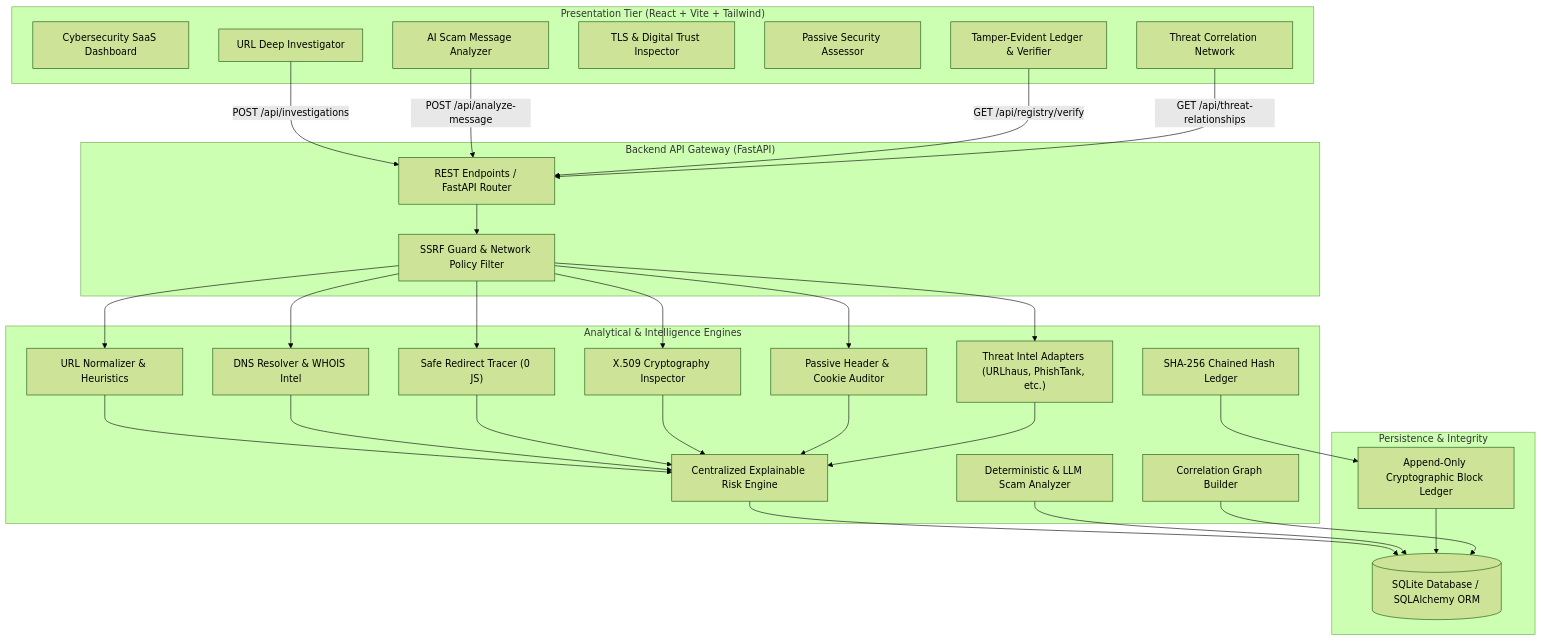
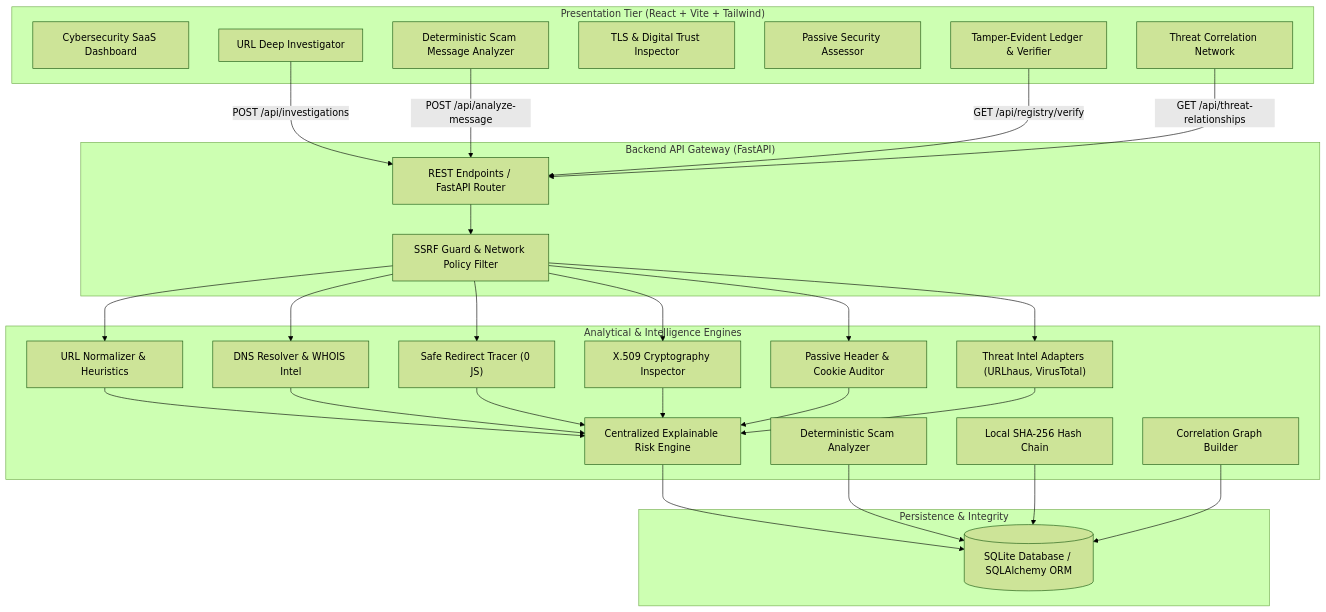
One commit to ayush2007-star/TrustLens-AI changed the diagram in docs/ARCHITECTURE.md. Above: the diagram before and after it, drawn with Mermaid (forest theme). The commit also changed other lines of this file and 15 other files, not shown here.

````diff
--- a/docs/ARCHITECTURE.md
+++ b/docs/ARCHITECTURE.md
@@ -12,61 +12,59 @@
 ```mermaid
 flowchart TD
     subgraph Client["Presentation Tier (React + Vite + Tailwind)"]
         UI_Nav["Cybersecurity SaaS Dashboard"]
         UI_Inv["URL Deep Investigator"]
-        UI_Msg["AI Scam Message Analyzer"]
+        UI_Msg["Deterministic Scam Message Analyzer"]
         UI_TLS["TLS & Digital Trust Inspector"]
         UI_Sec["Passive Security Assessor"]
         UI_Reg["Tamper-Evident Ledger & Verifier"]
         UI_Corr["Threat Correlation Network"]
     end
 
     subgraph API["Backend API Gateway (FastAPI)"]
         Router["REST Endpoints / FastAPI Router"]
         SSRF["SSRF Guard & Network Policy Filter"]
     end
 
     subgraph Engines["Analytical & Intelligence Engines"]
         Norm["URL Normalizer & Heuristics"]
         DNS_Whois["DNS Resolver & WHOIS Intel"]
         Redirect["Safe Redirect Tracer (0 JS)"]
         TLS["X.509 Cryptography Inspector"]
         Headers["Passive Header & Cookie Auditor"]
-        Feeds["Threat Intel Adapters (URLhaus, PhishTank, etc.)"]
+        Feeds["Threat Intel Adapters (URLhaus, VirusTotal)"]
         Risk["Centralized Explainable Risk Engine"]
-        ScamAI["Deterministic & LLM Scam Analyzer"]
-        Registry["SHA-256 Chained Hash Ledger"]
+        ScamAI["Deterministic Scam Analyzer"]
+        Registry["Local SHA-256 Hash Chain"]
         Corr["Correlation Graph Builder"]
     end
 
     subgraph Storage["Persistence & Integrity"]
         DB[("SQLite Database / SQLAlchemy ORM")]
-        Chain["Append-Only Cryptographic Block Ledger"]
     end
 
     UI_Inv -->|POST /api/investigations| Router
     UI_Msg -->|POST /api/analyze-message| Router
     UI_Reg -->|GET /api/registry/verify| Router
     UI_Corr -->|GET /api/threat-relationships| Router
 
     Router --> SSRF
     SSRF --> Norm
     SSRF --> DNS_Whois
     SSRF --> Redirect
     SSRF --> TLS
     SSRF --> Headers
     SSRF --> Feeds
 
     Norm --> Risk
     DNS_Whois --> Risk
     Redirect --> Risk
     TLS --> Risk
     Headers --> Risk
     Feeds --> Risk
 
     Risk --> DB
     ScamAI --> DB
-    Registry --> Chain
-    Chain --> DB
+    Registry --> DB
     Corr --> DB
 ```
````
